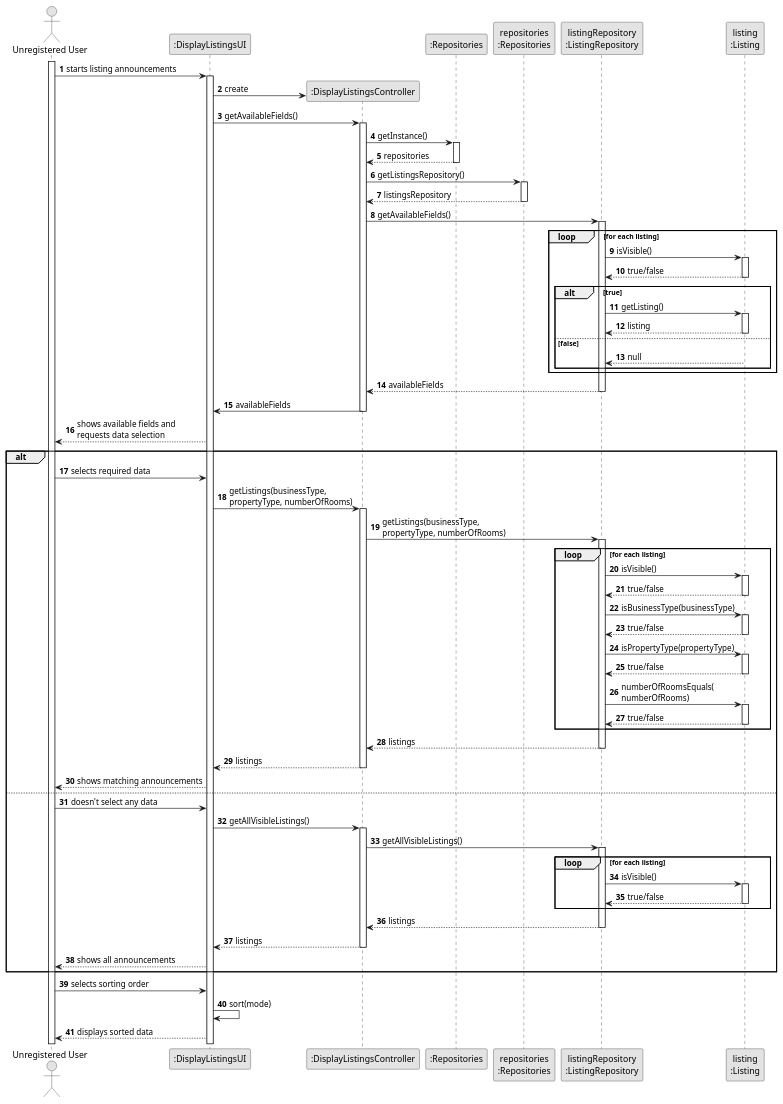
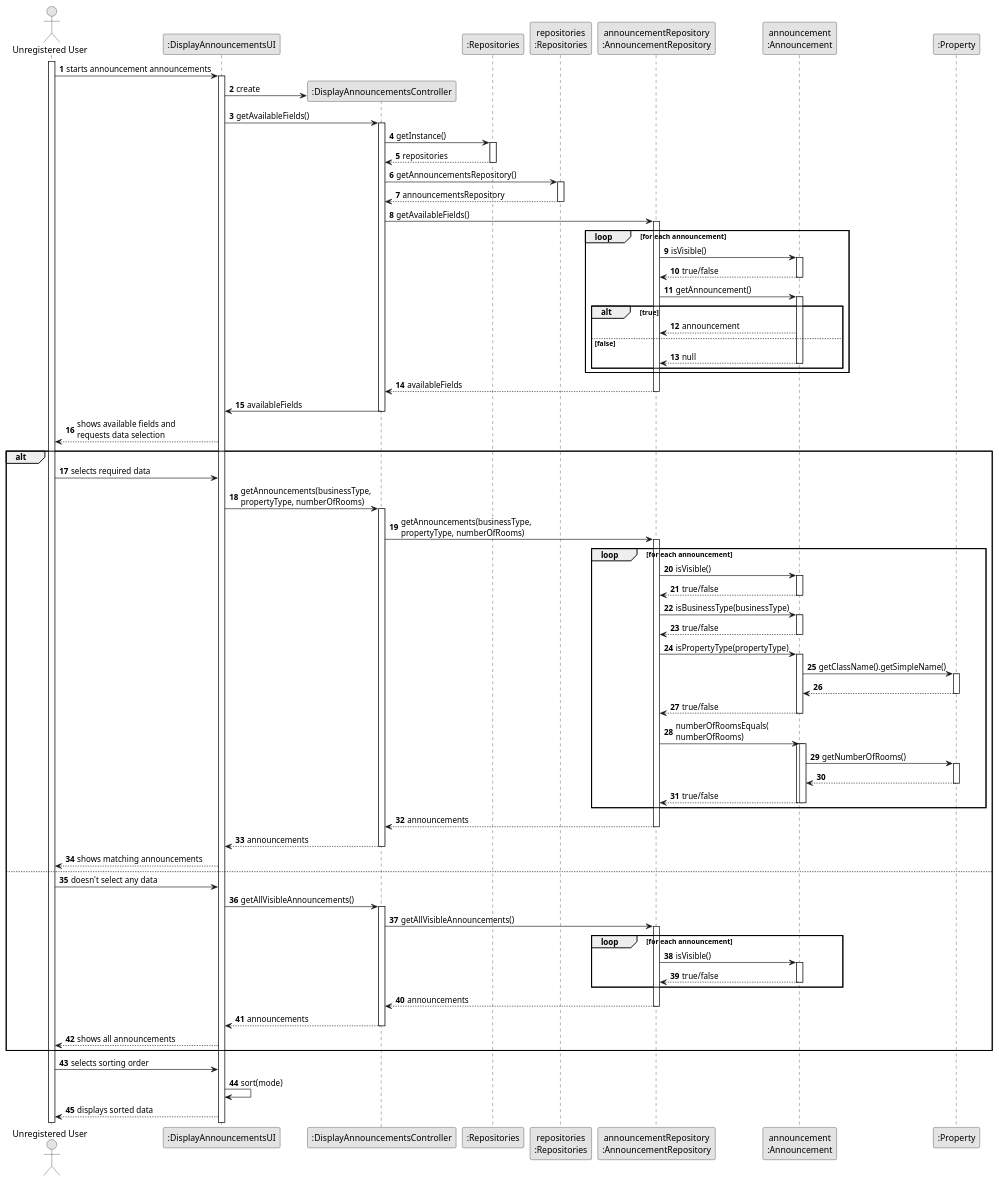
One commit to tiagohcorreia/LAPR2 changed the diagram in docs/sprintB/US001/03.design/puml/us001-sequence-diagram-full.puml. Above: the diagram before and after it, drawn with PlantUML. The commit also changed 3 other files, not shown here.

```diff
--- a/docs/sprintB/US001/03.design/puml/us001-sequence-diagram-full.puml
+++ b/docs/sprintB/US001/03.design/puml/us001-sequence-diagram-full.puml
@@ -1,123 +1,128 @@
 @startuml
 skinparam monochrome true
 skinparam packageStyle rectangle
 skinparam shadowing false
 
 autonumber
 
 'hide footbox
 actor "Unregistered User" as UR
-participant ":DisplayListingsUI" as UI
-participant ":DisplayListingsUI" as UI
-participant ":DisplayListingsController" as CTRL
+participant ":DisplayAnnouncementsUI" as UI
+participant ":DisplayAnnouncementsUI" as UI
+participant ":DisplayAnnouncementsController" as CTRL
 participant ":Repositories" as reposclass
 participant "repositories\n:Repositories" as repositories
-participant "listingRepository\n:ListingRepository" as LRepo
-participant "listing\n:Listing" as listing
+participant "announcementRepository\n:AnnouncementRepository" as ARepo
+participant "announcement\n:Announcement" as announcement
+participant ":Property" as prop
 
 
 
 activate UR
-UR -> UI: starts listing announcements
+UR -> UI: starts announcement announcements
 activate UI
 UI -> CTRL**: create
 UI -> CTRL: getAvailableFields()
 activate CTRL
 
 CTRL -> reposclass: getInstance()
 activate reposclass
 reposclass --> CTRL: repositories
 deactivate reposclass
-CTRL -> repositories: getListingsRepository()
+CTRL -> repositories: getAnnouncementsRepository()
 activate repositories
-repositories --> CTRL: listingsRepository
+repositories --> CTRL: announcementsRepository
 deactivate repositories
-CTRL -> LRepo: getAvailableFields()
-activate LRepo
-loop for each listing
-LRepo -> listing: isVisible()
-activate listing
-return true/false
-'LRepo -> listing: getBusinessType()
-alt true
-LRepo -> listing: getListing()
-activate listing
-return listing
-else false
-listing --> LRepo: null
+CTRL -> ARepo: getAvailableFields()
+activate ARepo
+loop for each announcement
+    ARepo -> announcement: isVisible()
+    activate announcement
+    return true/false
+    'ARepo -> announcement: getBusinessType()
+    ARepo -> announcement: getAnnouncement()
+    alt true
+        activate announcement
+        announcement --> ARepo: announcement
+        else false
+        return null
+        deactivate announcement
+    end
 end
-'listing --> LRepo: businessType
-'LRepo -> listing: getPropertyType()
-'listing --> LRepo: propertyType
-'LRepo -> listing: getNumberOfRooms()
-'listing --> LRepo: numberOfRooms
-deactivate listing
-end
-LRepo --> CTRL: availableFields
-deactivate LRepo
+ARepo --> CTRL: availableFields
+deactivate ARepo
 
 CTRL -> UI: availableFields
 deactivate CTRL
 
 UI --> UR: shows available fields and\nrequests data selection
 alt
 UR -> UI: selects required data
-UI -> CTRL: getListings(businessType,\npropertyType, numberOfRooms)
+UI -> CTRL: getAnnouncements(businessType,\npropertyType, numberOfRooms)
 activate CTRL
-CTRL -> LRepo: getListings(businessType,\npropertyType, numberOfRooms)
-activate LRepo
-loop for each listing
-LRepo -> listing: isVisible()
-activate listing
+CTRL -> ARepo: getAnnouncements(businessType,\npropertyType, numberOfRooms)
+activate ARepo
+loop for each announcement
+ARepo -> announcement: isVisible()
+activate announcement
 return true/false
-deactivate listing
-LRepo -> listing: isBusinessType(businessType)
-activate listing
+deactivate announcement
+ARepo -> announcement: isBusinessType(businessType)
+activate announcement
 return true/false
-deactivate listing
+deactivate announcement
 
-LRepo -> listing: isPropertyType(propertyType)
-activate listing
+ARepo -> announcement: isPropertyType(propertyType)
+activate announcement
+announcement -> prop: getClassName().getSimpleName()
+activate prop
+return
 return true/false
-deactivate listing
+deactivate prop
+deactivate announcement
 
-LRepo -> listing: numberOfRoomsEquals(\nnumberOfRooms)
-activate listing
+ARepo -> announcement: numberOfRoomsEquals(\nnumberOfRooms)
+activate announcement
+activate announcement
+announcement -> prop: getNumberOfRooms()
+activate prop
+return
+
 return true/false
-deactivate listing
+deactivate announcement
 
 
 end
 
-LRepo --> CTRL: listings
-deactivate LRepo
-CTRL --> UI: listings
+ARepo --> CTRL: announcements
+deactivate ARepo
+CTRL --> UI: announcements
 deactivate CTRL
 UI --> UR: shows matching announcements
 else
 UR -> UI: doesn't select any data
-UI -> CTRL: getAllVisibleListings()
+UI -> CTRL: getAllVisibleAnnouncements()
 activate CTRL
-CTRL -> LRepo: getAllVisibleListings()
-activate LRepo
-loop for each listing
-LRepo -> listing: isVisible()
-activate listing
+CTRL -> ARepo: getAllVisibleAnnouncements()
+activate ARepo
+loop for each announcement
+ARepo -> announcement: isVisible()
+activate announcement
 return true/false
-deactivate listing
+deactivate announcement
 end
-LRepo --> CTRL: listings
-deactivate LRepo
+ARepo --> CTRL: announcements
+deactivate ARepo
 
-CTRL --> UI: listings
+CTRL --> UI: announcements
 deactivate CTRL
 UI --> UR: shows all announcements
 
 end 'ALT fragment end
 
 UR -> UI: selects sorting order
 UI -> UI: sort(mode)
 UI --> UR: displays sorted data
 
 
 @enduml
```
